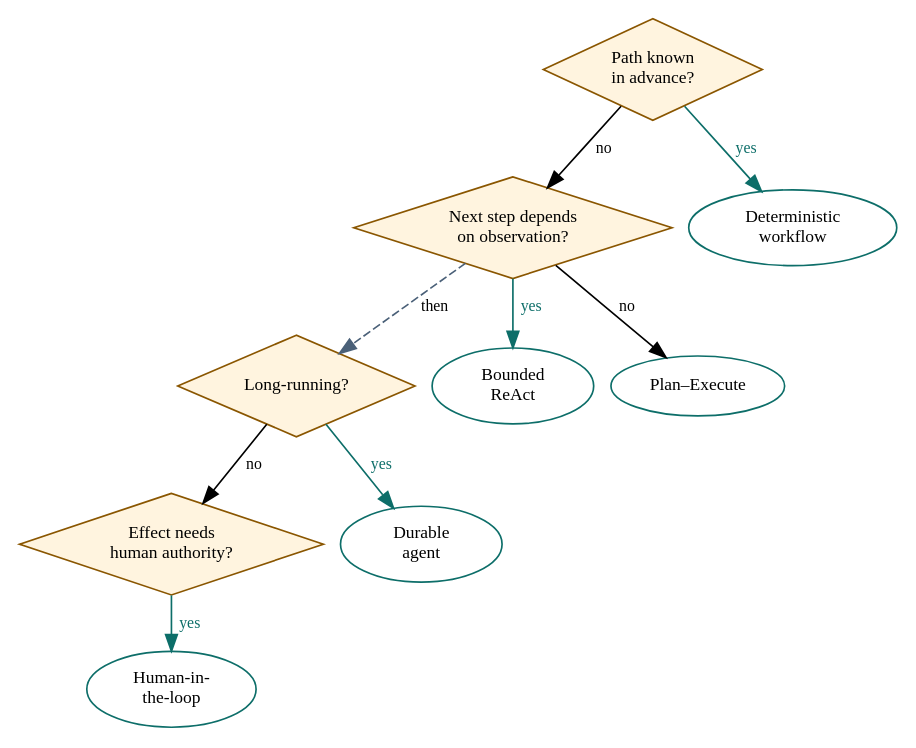
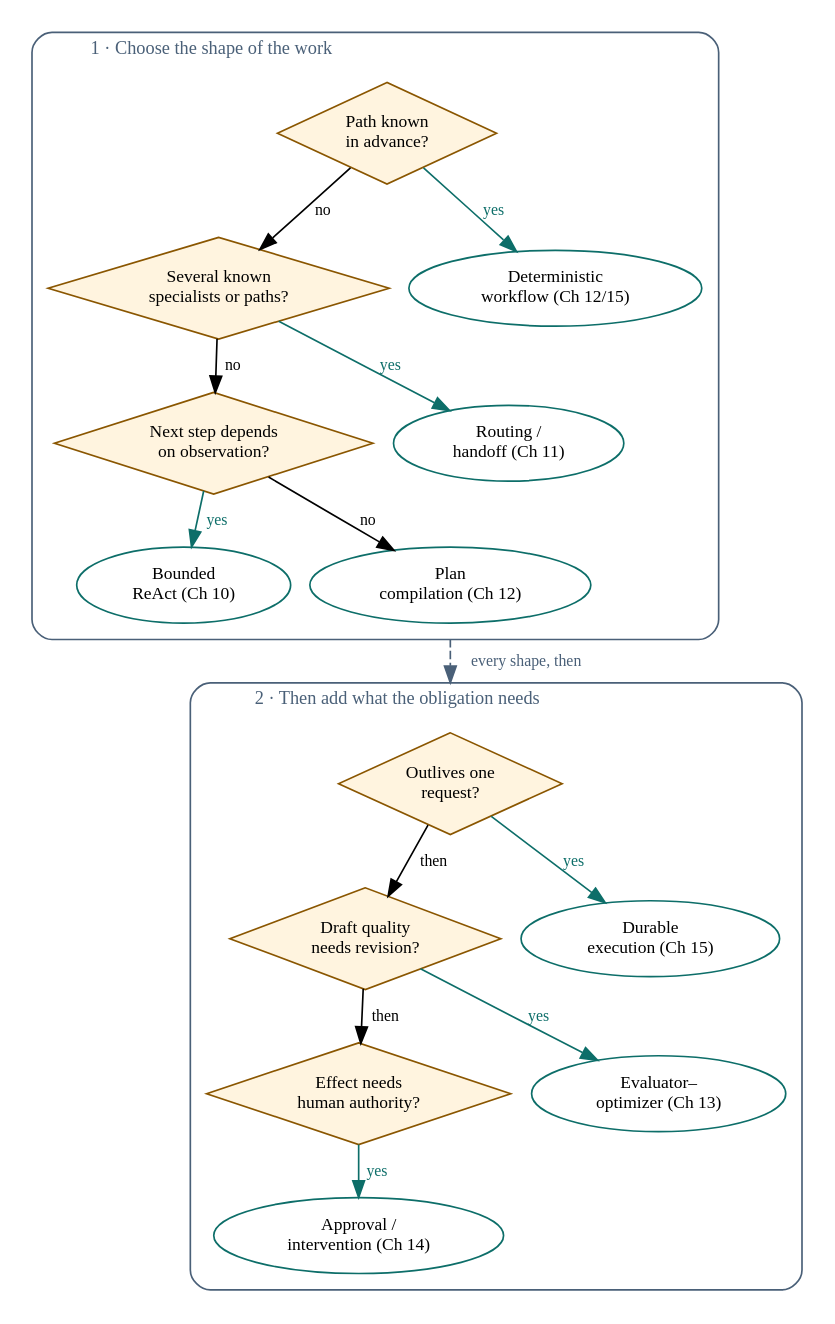
Before and after one commit to rrahimi-uci/building-enterprise-general-intelligence: the diagram in assets/diagrams/src/pattern-decision-tree.gv, drawn with Graphviz. The commit also changed 44 other files, not shown here.

```diff
--- a/assets/diagrams/src/pattern-decision-tree.gv
+++ b/assets/diagrams/src/pattern-decision-tree.gv
@@ -1,29 +1,55 @@
 // Figure 16-1 — Pattern selection decision tree.
 // Message: choose by hidden obligation, uncertainty and risk, not by fashionable
-// terminology. Each leaf names the pattern and the condition that reached it.
+// terminology. The first questions pick the shape of the work; every shape then
+// takes the three checks below it, adding one Part IV pattern for each yes.
+// Each leaf names the pattern and the chapter that teaches it.
 digraph pattern_decision_tree {
   rankdir = TB
-  graph [ranksep=0.32, nodesep=0.14]
+  compound = true
+  graph [ranksep=0.30, nodesep=0.16]
   node [width=1.35, fontsize=10.5]
   edge [fontsize=9.5]
 
-  q1 [label="Path known\nin advance?", fillcolor="#FFF4DF", color="#8A5600", shape=diamond, style=filled, width=1.5, height=0.85]
-  q2 [label="Next step depends\non observation?", fillcolor="#FFF4DF", color="#8A5600", shape=diamond, style=filled, width=1.8, height=0.85]
-  q3 [label="Long-running?", fillcolor="#FFF4DF", color="#8A5600", shape=diamond, style=filled, width=1.5, height=0.85]
-  q4 [label="Effect needs\nhuman authority?", fillcolor="#FFF4DF", color="#8A5600", shape=diamond, style=filled, width=1.7, height=0.85]
+  subgraph cluster_shape {
+    label="  1 · Choose the shape of the work  "; labeljust="l"; fontsize=11; fontcolor="#4A6078"
+    color="#4A6078"; style="rounded"; margin=10
 
-  p1 [label="Deterministic\nworkflow", fillcolor="#E7F5F3", color="#0D6E69"]
-  p2 [label="Bounded\nReAct", fillcolor="#E7F5F3", color="#0D6E69"]
-  p3 [label="Plan–Execute", fillcolor="#E7F5F3", color="#0D6E69"]
-  p4 [label="Durable\nagent", fillcolor="#E7F5F3", color="#0D6E69"]
-  p5 [label="Human-in-\nthe-loop", fillcolor="#E7F5F3", color="#0D6E69"]
+    q1 [label="Path known\nin advance?", fillcolor="#FFF4DF", color="#8A5600", shape=diamond, style=filled, width=1.5, height=0.85]
+    q2 [label="Several known\nspecialists or paths?", fillcolor="#FFF4DF", color="#8A5600", shape=diamond, style=filled, width=1.9, height=0.85]
+    q3 [label="Next step depends\non observation?", fillcolor="#FFF4DF", color="#8A5600", shape=diamond, style=filled, width=1.8, height=0.85]
 
-  q1 -> p1 [label=" yes ", color="#0D6E69", fontcolor="#0D6E69"]
-  q1 -> q2 [label=" no "]
-  q2 -> p2 [label=" yes ", color="#0D6E69", fontcolor="#0D6E69"]
-  q2 -> p3 [label=" no "]
-  q2 -> q3 [style=dashed, color="#4A6078", label=" then "]
-  q3 -> p4 [label=" yes ", color="#0D6E69", fontcolor="#0D6E69"]
-  q3 -> q4 [label=" no "]
-  q4 -> p5 [label=" yes ", color="#0D6E69", fontcolor="#0D6E69"]
+    p1 [label="Deterministic\nworkflow (Ch 12/15)", fillcolor="#E7F5F3", color="#0D6E69"]
+    p2 [label="Routing /\nhandoff (Ch 11)", fillcolor="#E7F5F3", color="#0D6E69"]
+    p3 [label="Bounded\nReAct (Ch 10)", fillcolor="#E7F5F3", color="#0D6E69"]
+    p4 [label="Plan\ncompilation (Ch 12)", fillcolor="#E7F5F3", color="#0D6E69"]
+
+    q1 -> p1 [label=" yes ", color="#0D6E69", fontcolor="#0D6E69"]
+    q1 -> q2 [label=" no "]
+    q2 -> p2 [label=" yes ", color="#0D6E69", fontcolor="#0D6E69"]
+    q2 -> q3 [label=" no "]
+    q3 -> p3 [label=" yes ", color="#0D6E69", fontcolor="#0D6E69"]
+    q3 -> p4 [label=" no "]
+  }
+
+  subgraph cluster_checks {
+    label="  2 · Then add what the obligation needs  "; labeljust="l"; fontsize=11; fontcolor="#4A6078"
+    color="#4A6078"; style="rounded"; margin=10
+
+    c1 [label="Outlives one\nrequest?", fillcolor="#FFF4DF", color="#8A5600", shape=diamond, style=filled, width=1.6, height=0.85]
+    c2 [label="Draft quality\nneeds revision?", fillcolor="#FFF4DF", color="#8A5600", shape=diamond, style=filled, width=1.7, height=0.85]
+    c3 [label="Effect needs\nhuman authority?", fillcolor="#FFF4DF", color="#8A5600", shape=diamond, style=filled, width=1.7, height=0.85]
+
+    a1 [label="Durable\nexecution (Ch 15)", fillcolor="#E7F5F3", color="#0D6E69"]
+    a2 [label="Evaluator–\noptimizer (Ch 13)", fillcolor="#E7F5F3", color="#0D6E69"]
+    a3 [label="Approval /\nintervention (Ch 14)", fillcolor="#E7F5F3", color="#0D6E69"]
+
+    c1 -> a1 [label=" yes ", color="#0D6E69", fontcolor="#0D6E69"]
+    c1 -> c2 [label=" then "]
+    c2 -> a2 [label=" yes ", color="#0D6E69", fontcolor="#0D6E69"]
+    c2 -> c3 [label=" then "]
+    c3 -> a3 [label=" yes ", color="#0D6E69", fontcolor="#0D6E69"]
+  }
+
+  p4 -> c1 [style=dashed, color="#4A6078", fontcolor="#4A6078", label=" every shape, then ",
+            ltail=cluster_shape, lhead=cluster_checks]
 }
```
